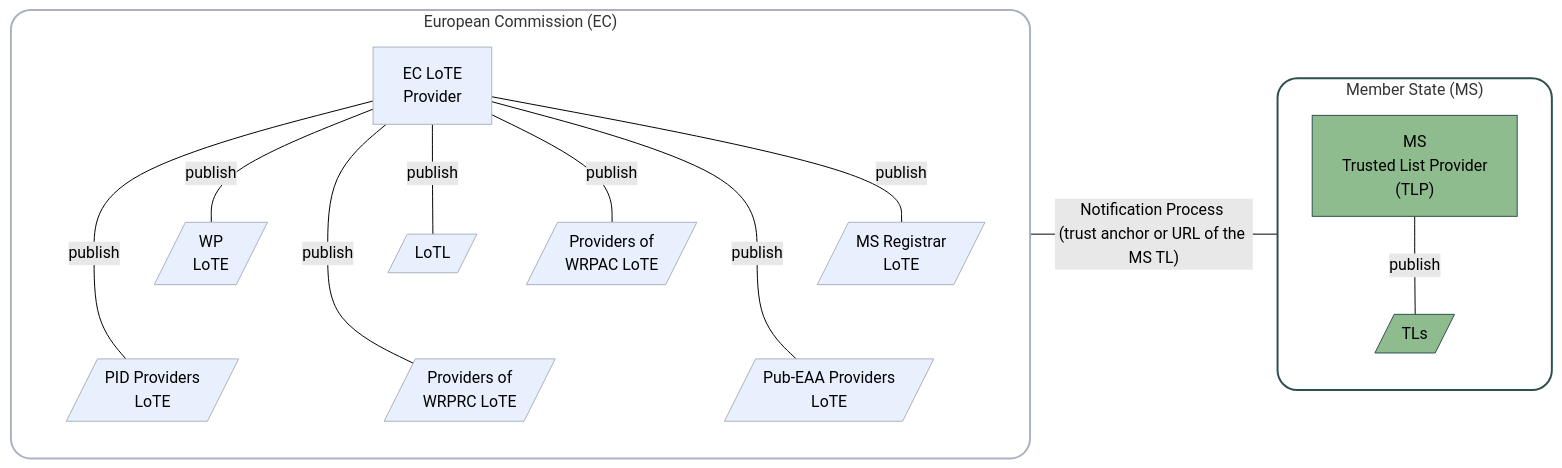
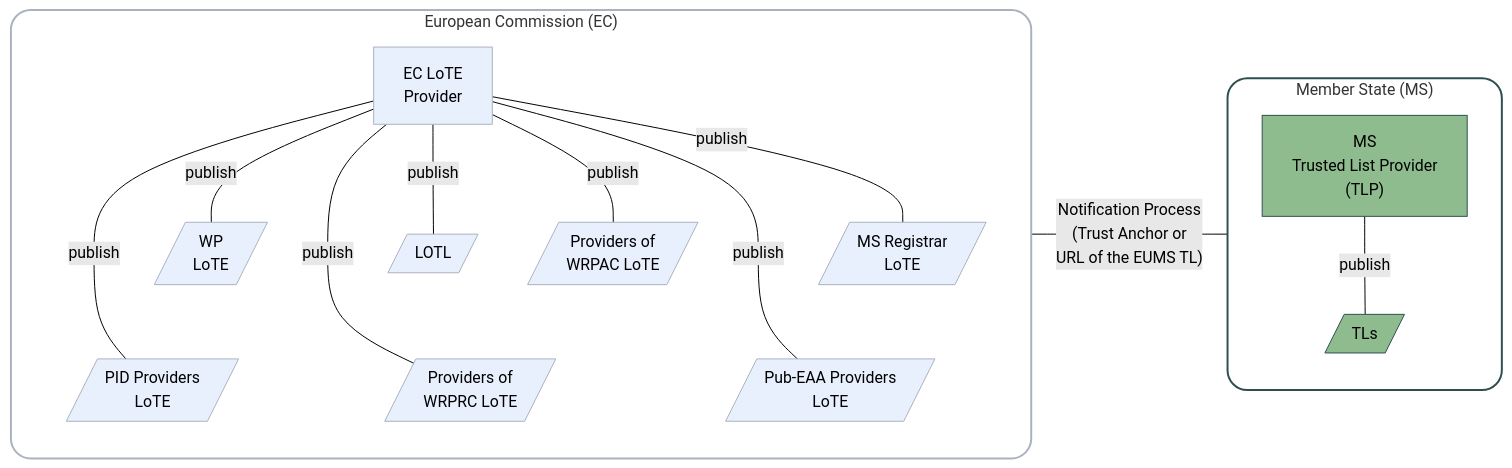
One commit to APTITUDE-Consortium/wp2-trust-specifications changed the third of 4 diagrams in topics/trust-architecture.md. Above: the diagram before and after it, drawn with Mermaid (forest theme). The commit also changed other lines of this file and 1 other file, not shown here.

````diff
--- a/topics/trust-architecture.md
+++ b/topics/trust-architecture.md
@@ -102,43 +106,43 @@
     ```mermaid
     graph LR
 
     subgraph MS["Member State (MS)"]
         MSTLP["MS  <br/>Trusted List Provider  <br/>(TLP)"]
         TLs[/TLs/]
         MSTLP ---|"publish"| TLs
     end
 
     subgraph EC["European Commission (EC)"]
         ECLoTE[EC LoTE <br/>Provider]
         LoTE1[/WP <br/>LoTE/]
         LoTE2[/PID Providers <br/>LoTE/]
         LoTE3[/Providers of <br/>WRPAC LoTE/]
         LoTE4[/Providers of <br/>WRPRC LoTE/]
         LoTE5[/MS Registrar <br/>LoTE/]
         LoTE6[/Pub-EAA Providers <br/>LoTE/]
-        LoTL[/LoTL/]
+        LOTL[/LOTL/]
         ECLoTE ---|"publish"| LoTE1
         ECLoTE ---|"publish"| LoTE2
         ECLoTE ---|"publish"| LoTE3
         ECLoTE ---|"publish"| LoTE4
         ECLoTE ---|"publish"| LoTE5
         ECLoTE ---|"publish"| LoTE6
-        ECLoTE ---|"publish"| LoTL
+        ECLoTE ---|"publish"| LOTL
     end
 
     LoTE1 ~~~ LoTE2
     LoTE3 ~~~ LoTE4
     LoTE5 ~~~ LoTE6
 
     %% Style
     style EC fill:#ffff,stroke:#abb2bf,stroke-width:2px,rx:20,ry:20
     style MS fill:#ffff,stroke:#2f4f4f,stroke-width:2px,rx:20,ry:20
     classDef blue fill:#e8f0fe,stroke:#abb2bf
     classDef green fill:#8fbc8f,stroke:#2f4f4f
 
-    class ECLoTE,ECNS,LoTE1,LoTE2,LoTE3,LoTE4,LoTE5,LoTE6,LoTL blue;
+    class ECLoTE,ECNS,LoTE1,LoTE2,LoTE3,LoTE4,LoTE5,LoTE6,LOTL blue;
     class MSTLP,TLs green;
 
     %% Arrows
-    EC ---|"Notification Process <br/>(trust anchor or URL of the MS TL)"| MS
+    EC ---|"Notification Process <br/>(Trust Anchor or <br/>URL of the EUMS TL)"| MS
     ```
````
